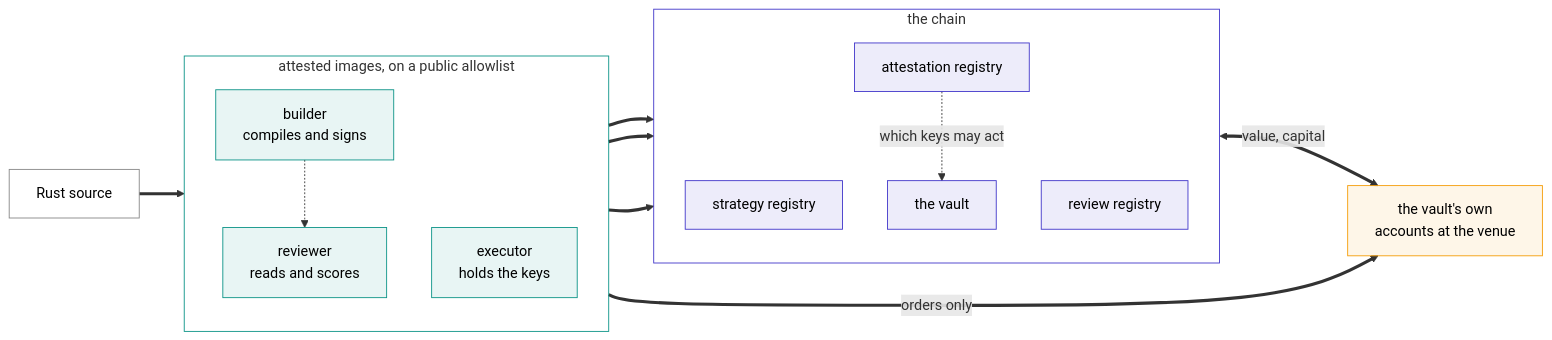
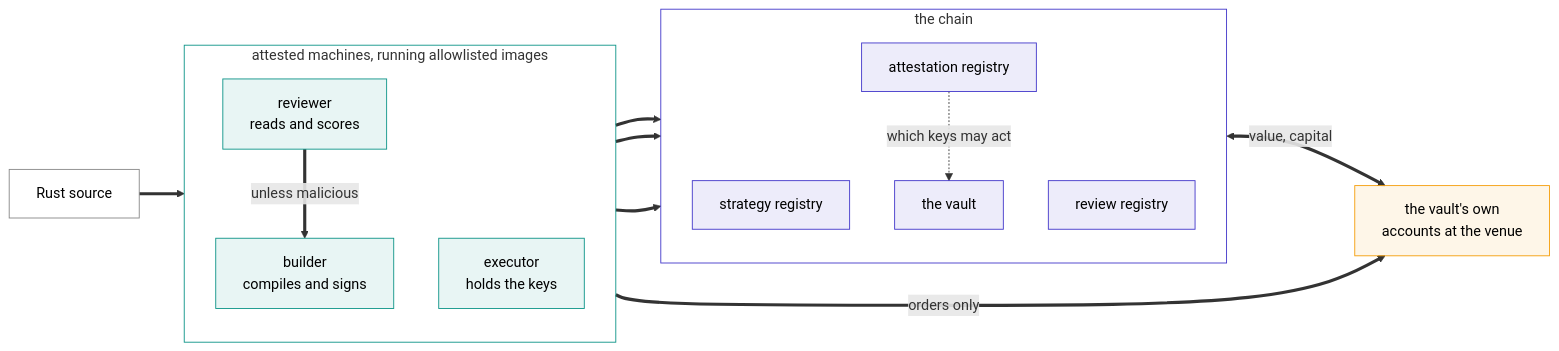
One commit to ShoninFi/shonin-platform changed the diagram in docs/content/how-it-works/index.md. Above: the diagram before and after it, drawn with Mermaid. The commit also changed other lines of this file and 22 other files, not shown here.

````diff
--- a/docs/content/how-it-works/index.md
+++ b/docs/content/how-it-works/index.md
@@ -7,41 +7,41 @@
 ```mermaid
 flowchart LR
     A1["Rust source"]
 
-    subgraph PLATFORM["attested images, on a public allowlist"]
+    subgraph PLATFORM["attested machines, running allowlisted images"]
         direction TB
+        B2["reviewer<br/>reads and scores"]
         B1["builder<br/>compiles and signs"]
-        B2["reviewer<br/>reads and scores"]
         B3["executor<br/>holds the keys"]
     end
 
     subgraph CHAIN["the chain"]
         direction TB
         C1["strategy registry"]
         C2["review registry"]
         C3["attestation registry"]
         C4["the vault"]
     end
 
     D1["the vault's own<br/>accounts at the venue"]
 
-    A1 ==> B1
+    A1 ==> B2
+    B2 ==> C2
+    B2 ==>|"unless malicious"| B1
     B1 ==> C1
-    B1 -.-> B2
-    B2 ==> C2
     B3 ==> C3
     C3 -.->|"which keys may act"| C4
     C4 <==>|"value, capital"| D1
     B3 ==>|"orders only"| D1
 
     classDef image fill:#0d948818,stroke:#0d9488,color:inherit
     classDef chain fill:#4338ca18,stroke:#4338ca,color:inherit
     classDef venue fill:#f59e0b18,stroke:#f59e0b,color:inherit
     classDef source fill:none,stroke:#888,color:inherit
     class B1,B2,B3 image
     class C1,C2,C3,C4 chain
     class D1 venue
     class A1 source
     style PLATFORM fill:none,stroke:#0d9488,stroke-width:1px
     style CHAIN fill:none,stroke:#4338ca,stroke-width:1px
 ```
````
